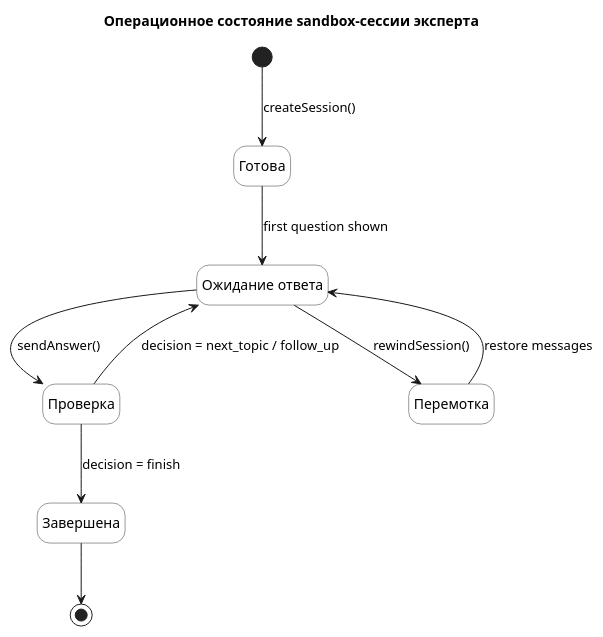
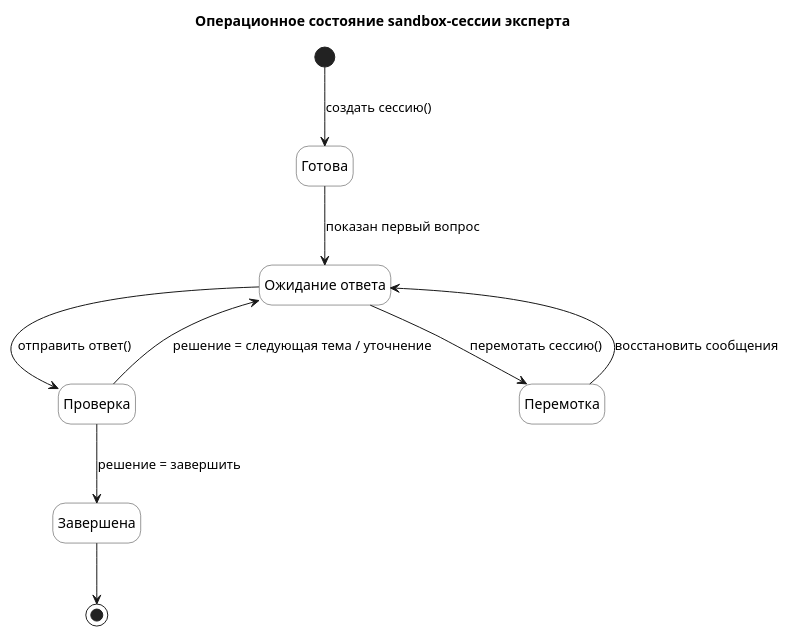
Before and after one commit to nifle3/diplom_work: the diagram in docs/state/04_sandbox_session_state.puml, drawn with PlantUML. The commit also changed 3 other files, not shown here.

```diff
--- a/docs/state/04_sandbox_session_state.puml
+++ b/docs/state/04_sandbox_session_state.puml
@@ -1,35 +1,35 @@
 @startuml 04_sandbox_session_state
 title Операционное состояние sandbox-сессии эксперта
 
 hide empty description
 skinparam state {
   BackgroundColor White
   BorderColor #333333
 }
 
-[*] --> Ready : createSession()
+[*] --> Ready : создать сессию()
 
 state "Готова" as Ready
 
-Ready --> AwaitingAnswer : first question shown
+Ready --> AwaitingAnswer : показан первый вопрос
 
 state "Ожидание ответа" as AwaitingAnswer
 
-AwaitingAnswer --> Evaluating : sendAnswer()
+AwaitingAnswer --> Evaluating : отправить ответ()
 
 state "Проверка" as Evaluating
 
-Evaluating --> AwaitingAnswer : decision = next_topic / follow_up
-Evaluating --> Finished : decision = finish
+Evaluating --> AwaitingAnswer : решение = следующая тема / уточнение
+Evaluating --> Finished : решение = завершить
 
 state "Завершена" as Finished
 
-AwaitingAnswer --> Rewinding : rewindSession()
+AwaitingAnswer --> Rewinding : перемотать сессию()
 
 state "Перемотка" as Rewinding
 
-Rewinding --> AwaitingAnswer : restore messages
+Rewinding --> AwaitingAnswer : восстановить сообщения
 
 Finished --> [*]
 
 @enduml
```
